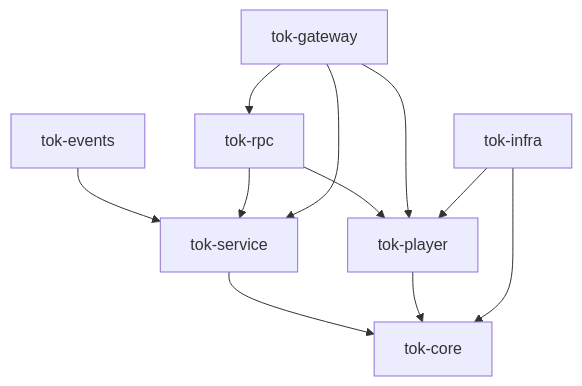
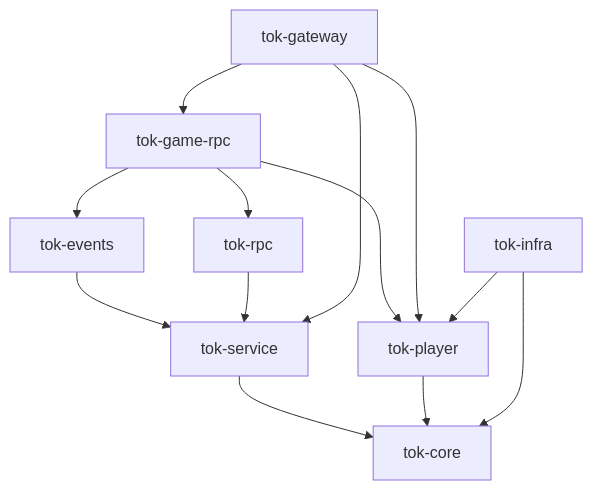
The diagram in docs/design.md (gmbytes/tok), drawn with Mermaid before and after one commit. The commit also changed other lines of this file and 53 other files, not shown here.

````diff
--- a/docs/design.md
+++ b/docs/design.md
@@ -36,13 +36,15 @@
 ```mermaid
 flowchart TD
     service[tok-service] --> core[tok-core]
     player[tok-player] --> core
     events[tok-events] --> service
     rpc[tok-rpc] --> service
-    rpc --> player
+    game_rpc[tok-game-rpc] --> rpc
+    game_rpc --> player
+    game_rpc --> events
     gateway[tok-gateway] --> service
     gateway --> player
-    gateway --> rpc
+    gateway --> game_rpc
     infra[tok-infra] --> core
     infra --> player
 ```
````
